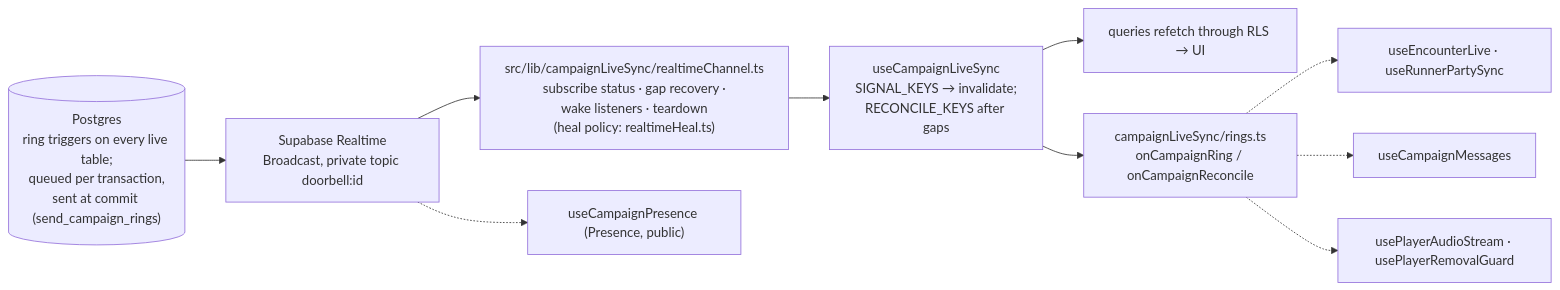
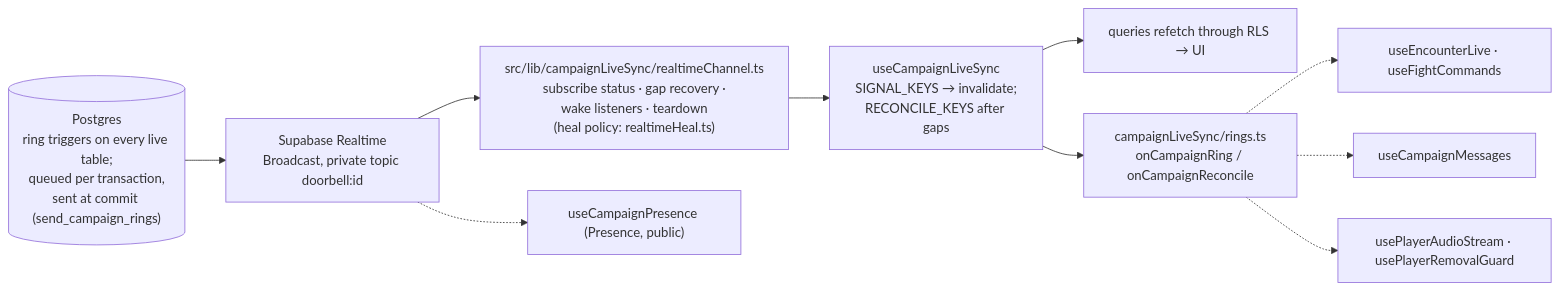
The third of 4 diagrams in context/architecture/internal.md (irongollem/grimoire), drawn with Mermaid before and after one commit. The commit also changed 39 other files, not shown here.

First line of the commit message:
feat(encounters): the runner sends commands, and every run is saved from the moment it opens (#1201)

````diff
--- a/context/architecture/internal.md
+++ b/context/architecture/internal.md
@@ -154,12 +154,12 @@
 ```mermaid
 flowchart LR
     pg[("Postgres<br/>ring triggers on every live table;<br/>queued per transaction,<br/>sent at commit (send_campaign_rings)")] --> rt["Supabase Realtime<br/>Broadcast, private topic doorbell:id"]
     rt --> chan["src/lib/campaignLiveSync/realtimeChannel.ts<br/>subscribe status · gap recovery ·<br/>wake listeners · teardown<br/>(heal policy: realtimeHeal.ts)"]
     chan --> sync["useCampaignLiveSync<br/>SIGNAL_KEYS → invalidate;<br/>RECONCILE_KEYS after gaps"]
     sync --> uiL["queries refetch through RLS → UI"]
     sync --> bus["campaignLiveSync/rings.ts<br/>onCampaignRing / onCampaignReconcile"]
-    bus -.-> enc["useEncounterLive · useRunnerPartySync"]
+    bus -.-> enc["useEncounterLive · useFightCommands"]
     bus -.-> msg["useCampaignMessages"]
     bus -.-> snd["usePlayerAudioStream · usePlayerRemovalGuard"]
     rt -.-> pres["useCampaignPresence (Presence, public)"]
 ```
````
